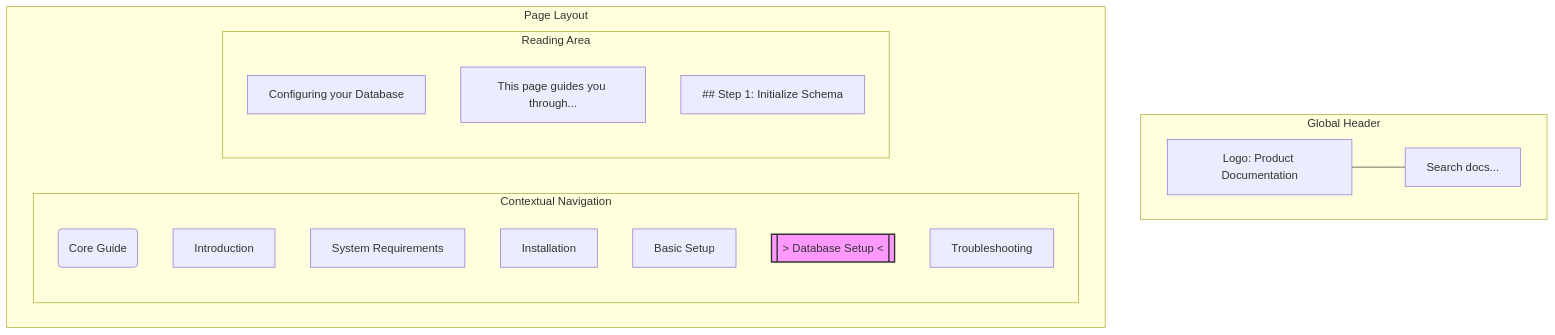
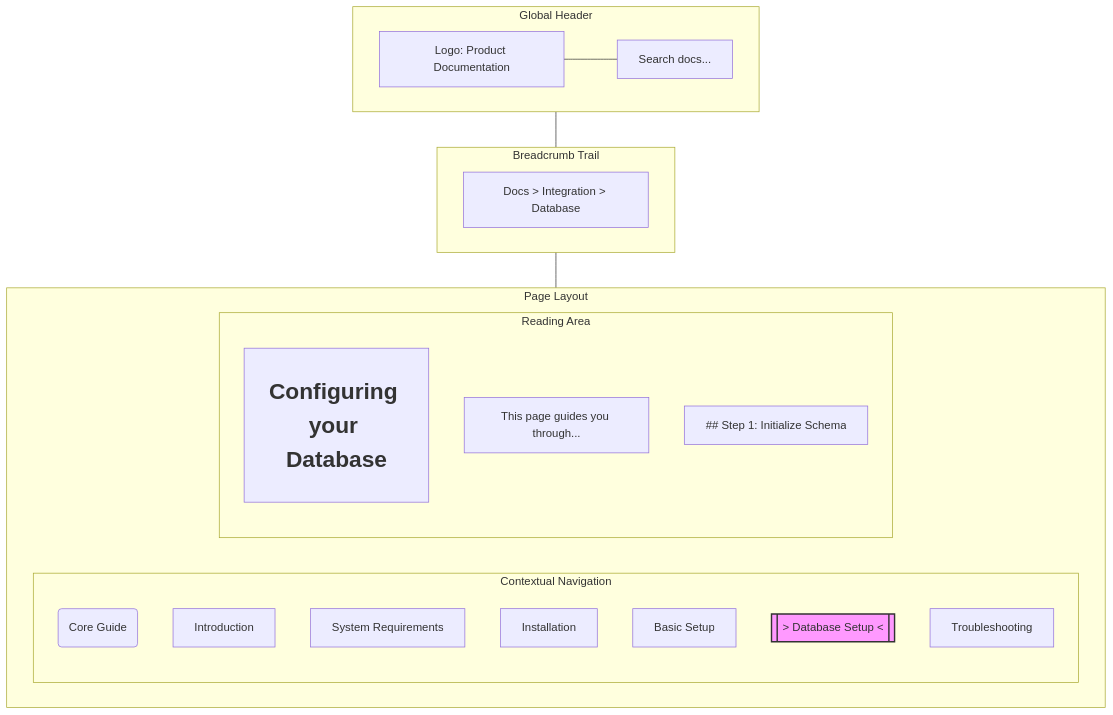
Before and after one commit to vaishvanara/techwritingkb: the first of 2 diagrams in docs/industry-terms/wayfinding.md, drawn with Mermaid. The commit also changed other lines of this file and 51 other files, not shown here.

````diff
--- a/docs/industry-terms/wayfinding.md
+++ b/docs/industry-terms/wayfinding.md
@@ -41,29 +41,36 @@
 ```mermaid
 graph TD
     subgraph Header ["Global Header"]
         Logo[Logo: Product Documentation] --- Search[Search docs...]
+    end
+
+    subgraph Breadcrumbs ["Breadcrumb Trail"]
+        BC[Docs > Integration > Database]
     end
 
     subgraph Main ["Page Layout"]
         direction LR
         subgraph Sidebar ["Contextual Navigation"]
             direction TB
             CG(Core Guide)
             Intro[Introduction]
             Sys[System Requirements]
             Inst[Installation]
             BSetup[Basic Setup]
             DSetup[[> Database Setup <]]
             Trouble[Troubleshooting]
         end
 
         subgraph Content ["Reading Area"]
             direction TB
-            Title[Configuring your Database]
+            Title[<h1>Configuring your Database</h1>]
             Summary[This page guides you through...]
             Step1[## Step 1: Initialize Schema]
         end
     end
 
+    Header --- Breadcrumbs
+    Breadcrumbs --- Main
+
     style DSetup fill:#f9f,stroke:#333,stroke-width:2px
 ```
````
